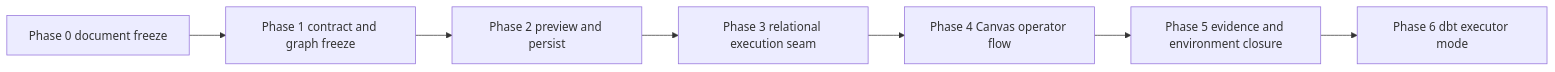
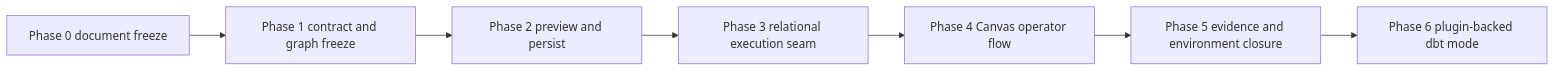
One commit to dunay2/dvt changed the first of 2 diagrams in docs/planning/proposals/mandatory/runtime-and-contracts/transformation-flow-delivery-plan-20260405.md. Above: the diagram before and after it, drawn with Mermaid. The commit also changed other lines of this file and 17 other files, not shown here.

````diff
--- a/docs/planning/proposals/mandatory/runtime-and-contracts/transformation-flow-delivery-plan-20260405.md
+++ b/docs/planning/proposals/mandatory/runtime-and-contracts/transformation-flow-delivery-plan-20260405.md
@@ -41,9 +41,9 @@
 ```mermaid
 flowchart LR
   P0[Phase 0 document freeze] --> P1[Phase 1 contract and graph freeze]
   P1 --> P2[Phase 2 preview and persist]
   P2 --> P3[Phase 3 relational execution seam]
   P3 --> P4[Phase 4 Canvas operator flow]
   P4 --> P5[Phase 5 evidence and environment closure]
-  P5 --> P6[Phase 6 dbt executor mode]
+  P5 --> P6[Phase 6 plugin-backed dbt mode]
 ```
````
